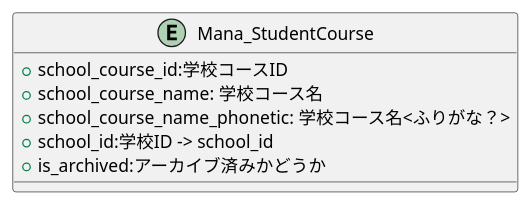
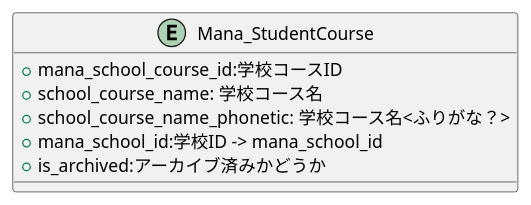
Before and after one commit to popoposorara/ERP_ER: the diagram in Entity/Mana_StudentCourse.pu, drawn with PlantUML. The commit also changed 26 other files, not shown here.

```diff
--- a/Entity/Mana_StudentCourse.pu
+++ b/Entity/Mana_StudentCourse.pu
@@ -1,11 +1,11 @@
 @startuml
 
 entity "Mana_StudentCourse" {
-    + school_course_id:学校コースID
+    + mana_school_course_id:学校コースID
     + school_course_name: 学校コース名
     + school_course_name_phonetic: 学校コース名<ふりがな？>
-    + school_id:学校ID -> school_id
+    + mana_school_id:学校ID -> mana_school_id
     + is_archived:アーカイブ済みかどうか
 }
 
 @enduml
```
